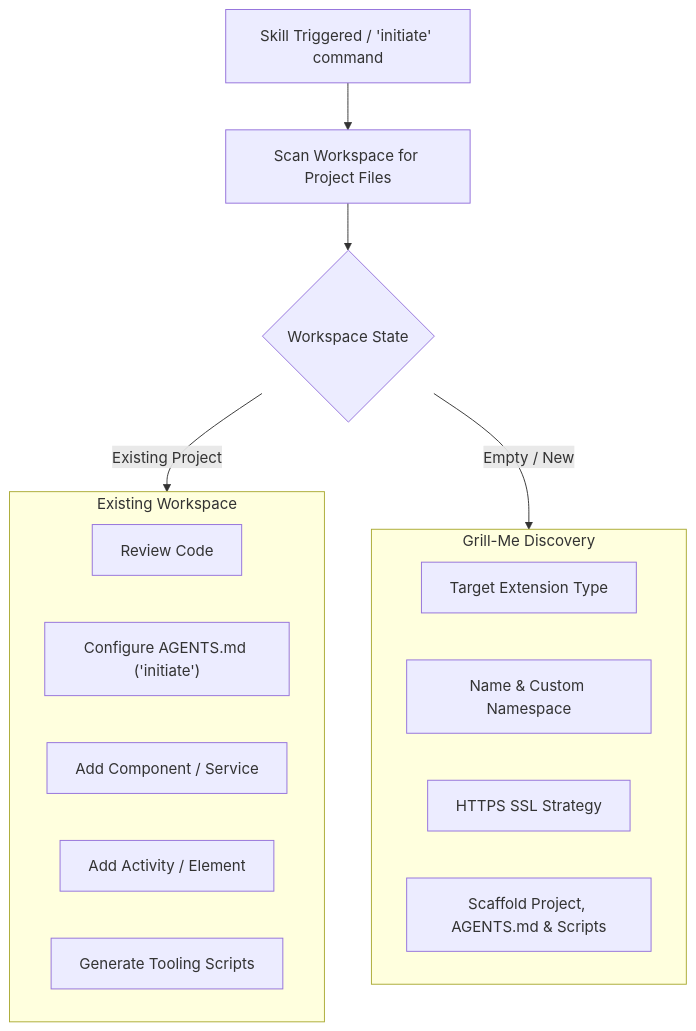
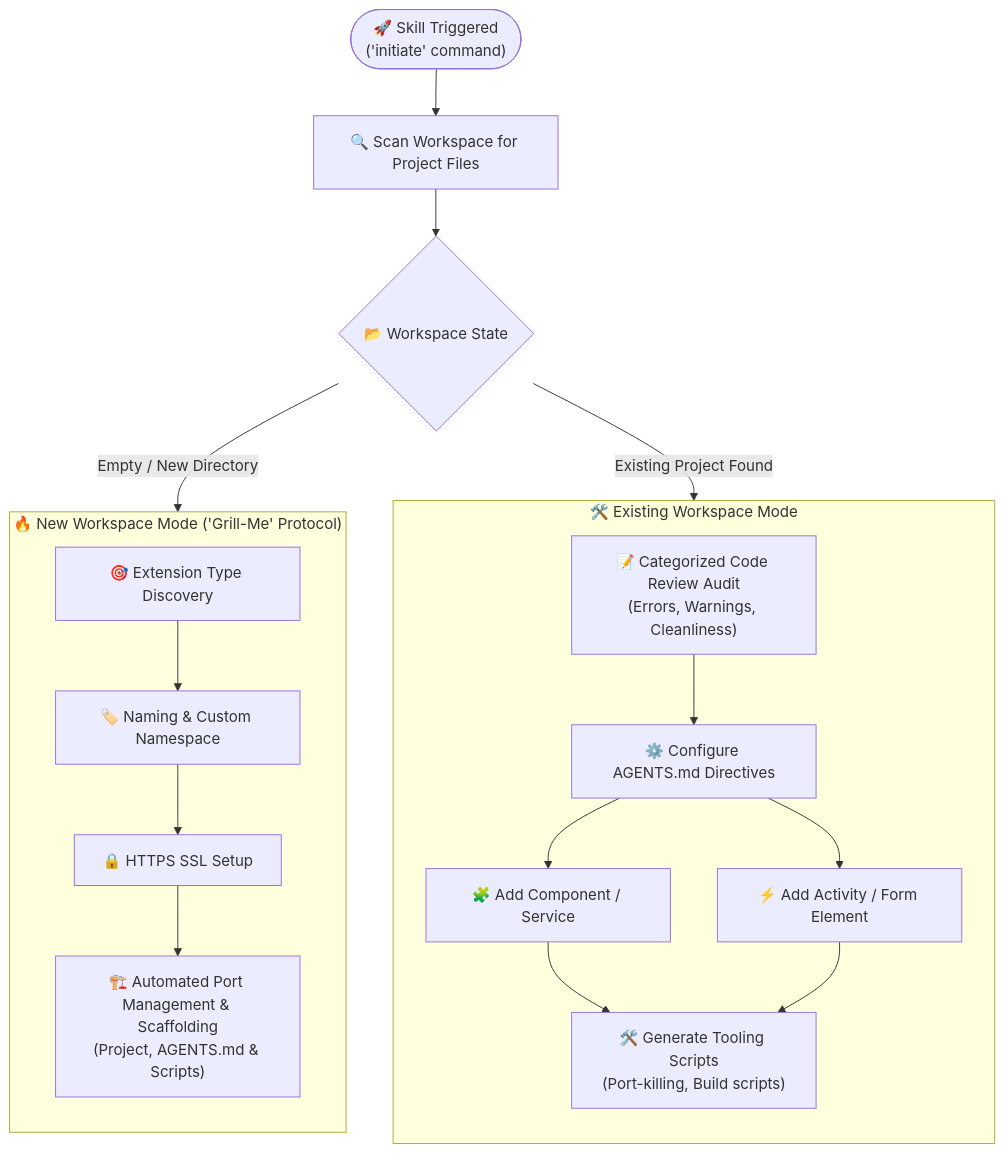
One commit to geosynk-lab/vertigis-sdk-skills changed the diagram in README.md. Above: the diagram before and after it, drawn with Mermaid.

Commit message:
docs: enhance consultation flowchart in README.md

````diff
--- a/README.md
+++ b/README.md
@@ -14,24 +14,43 @@
 ```mermaid
 flowchart TD
-    A["Skill Triggered / 'initiate' command"] --> B["Scan Workspace for Project Files"]
+    %% Entry Point
+    Start(["🚀 Skill Triggered<br/>('initiate' command)"]) --> Scan["🔍 Scan Workspace for Project Files"]
 
-    B --> C{"Workspace State"}
+    %% Decision Node
+    Scan --> WorkspaceState{"📂 Workspace State"}
 
-    C -->|Existing Project| D
-    C -->|Empty / New| E
+    %% Branches
+    WorkspaceState -->|Existing Project Found| ExistingMode
+    WorkspaceState -->|Empty / New Directory| GrillMode
 
-    subgraph D ["Existing Workspace"]
-        D1["Review Code"]
-        D2["Configure AGENTS.md ('initiate')"]
-        D3["Add Component / Service"]
-        D4["Add Activity / Element"]
-        D5["Generate Tooling Scripts"]
+    %% Existing Workspace Flow
+    subgraph Existing ["🛠️ Existing Workspace Mode"]
+        direction TB
+        ExistingMode["📝 Categorized Code Review Audit<br/>(Errors, Warnings, Cleanliness)"]
+        Config["⚙️ Configure AGENTS.md Directives"]
+        
+        AddCom["🧩 Add Component / Service"]
+        AddAct["⚡ Add Activity / Form Element"]
+        
+        GenScripts["🛠️ Generate Tooling Scripts<br/>(Port-killing, Build scripts)"]
+        
+        ExistingMode --> Config
+        Config --> AddCom
+        Config --> AddAct
+        AddCom --> GenScripts
+        AddAct --> GenScripts
     end
 
-    subgraph E ["Grill-Me Discovery"]
-        E1["Target Extension Type"]
-        E2["Name & Custom Namespace"]
-        E3["HTTPS SSL Strategy"]
-        E4["Scaffold Project, AGENTS.md & Scripts"]
+    %% New Workspace Flow
+    subgraph Grill ["🔥 New Workspace Mode ('Grill-Me' Protocol)"]
+        direction TB
+        GrillMode["🎯 Extension Type Discovery"]
+        NameSpace["🏷️ Naming & Custom Namespace"]
+        SSL["🔒 HTTPS SSL Setup"]
+        Scaffold["🏗️ Automated Port Management & Scaffolding<br/>(Project, AGENTS.md & Scripts)"]
+        
+        GrillMode --> NameSpace
+        NameSpace --> SSL
+        SSL --> Scaffold
     end
 ```
````
